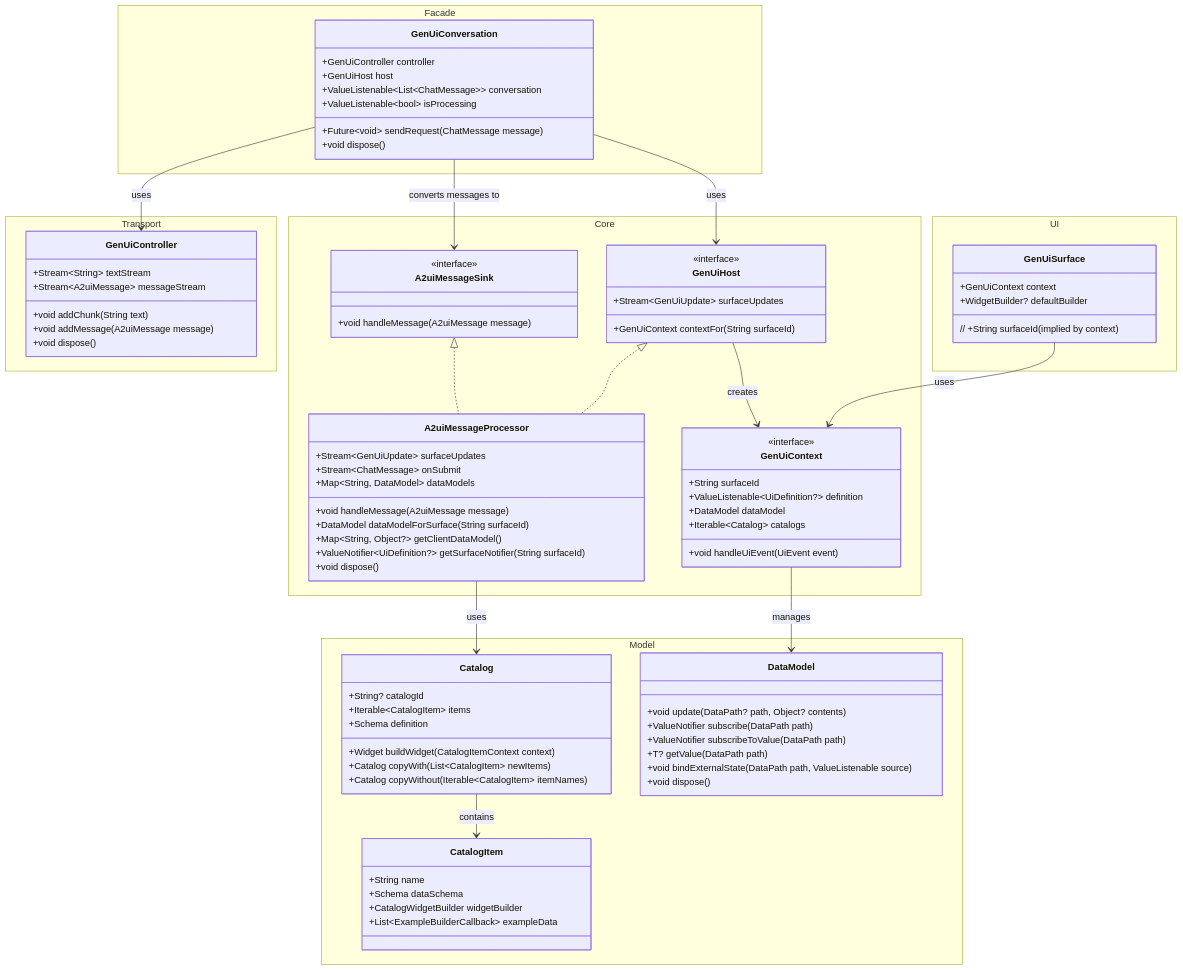
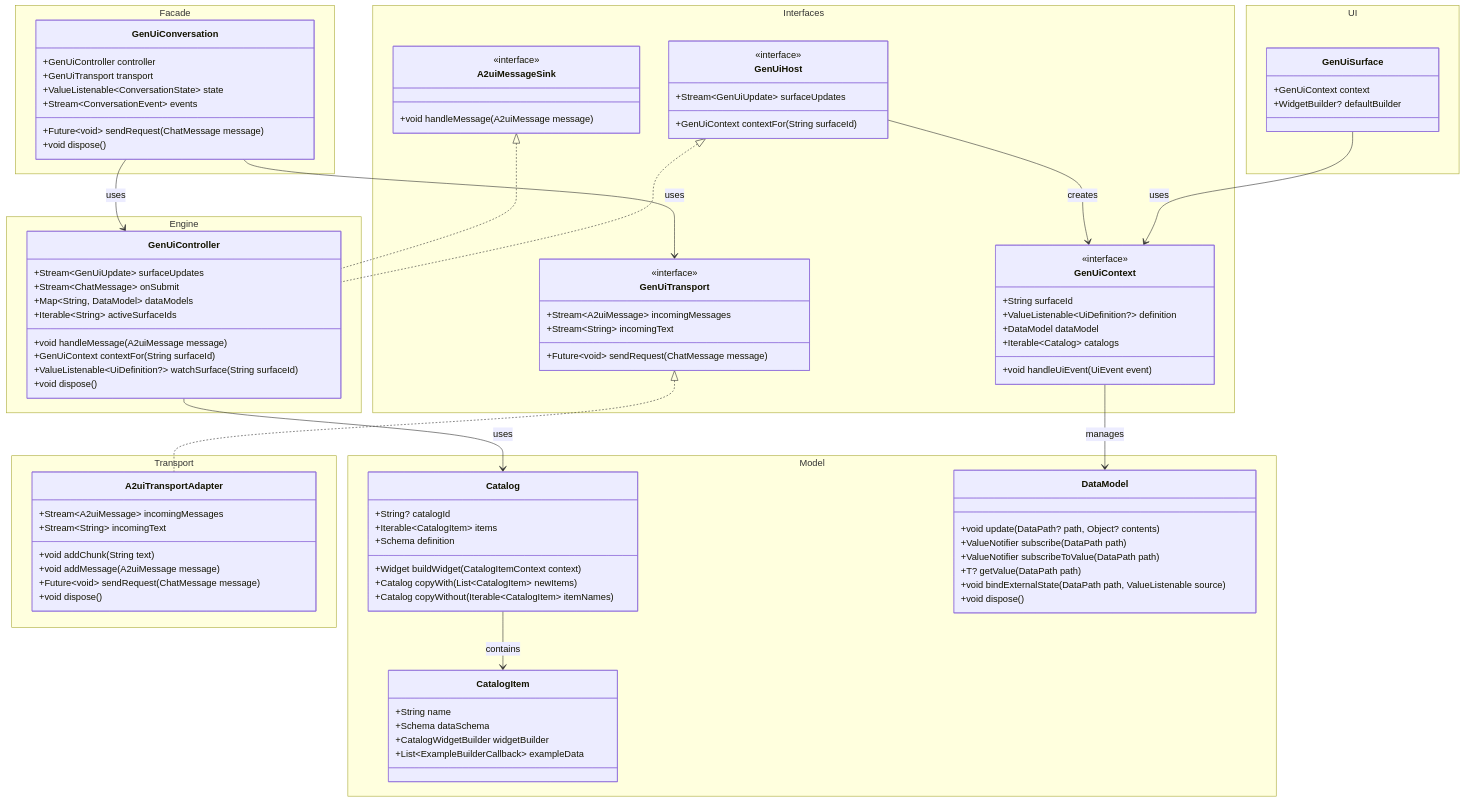
Before and after one commit to polina-c/genui: the diagram in packages/genui/docs/class-diagram.mmd, drawn with Mermaid. The commit also changed 7 other files, not shown here.

First line of the commit message:
docs: update architecture docs to reflect v0.9 transport layer

```diff
--- a/packages/genui/docs/class-diagram.mmd
+++ b/packages/genui/docs/class-diagram.mmd
@@ -1,100 +1,109 @@
 classDiagram
     namespace Facade {
         class GenUiConversation {
             +GenUiController controller
-            +GenUiHost host
-            +ValueListenable~List~ChatMessage~~ conversation
-            +ValueListenable~bool~ isProcessing
+            +GenUiTransport transport
+            +ValueListenable~ConversationState~ state
+            +Stream~ConversationEvent~ events
             +Future~void~ sendRequest(ChatMessage message)
             +void dispose()
         }
     }
 
-    namespace Transport {
-        class GenUiController {
-            +void addChunk(String text)
-            +void addMessage(A2uiMessage message)
-            +Stream~String~ textStream
-            +Stream~A2uiMessage~ messageStream
-            +void dispose()
+    namespace Interfaces {
+        class GenUiTransport {
+            <<interface>>
+            +Stream~A2uiMessage~ incomingMessages
+            +Stream~String~ incomingText
+            +Future~void~ sendRequest(ChatMessage message)
         }
-    }
 
-    namespace Core {
-    class GenUiHost {
+        class GenUiHost {
             <<interface>>
             +Stream~GenUiUpdate~ surfaceUpdates
             +GenUiContext contextFor(String surfaceId)
         }
 
         class GenUiContext {
             <<interface>>
             +String surfaceId
             +ValueListenable~UiDefinition?~ definition
             +DataModel dataModel
             +Iterable~Catalog~ catalogs
             +void handleUiEvent(UiEvent event)
         }
 
         class A2uiMessageSink {
             <<interface>>
             +void handleMessage(A2uiMessage message)
         }
+    }
 
-        class A2uiMessageProcessor {
+    namespace Transport {
+        class A2uiTransportAdapter {
+            +void addChunk(String text)
+            +void addMessage(A2uiMessage message)
+            +Stream~A2uiMessage~ incomingMessages
+            +Stream~String~ incomingText
+            +Future~void~ sendRequest(ChatMessage message)
+            +void dispose()
+        }
+    }
+
+    namespace Engine {
+        class GenUiController {
             +void handleMessage(A2uiMessage message)
             +Stream~GenUiUpdate~ surfaceUpdates
             +Stream~ChatMessage~ onSubmit
             +Map~String, DataModel~ dataModels
-            +DataModel dataModelForSurface(String surfaceId)
-            +Map~String, Object?~ getClientDataModel()
-            +ValueNotifier~UiDefinition?~ getSurfaceNotifier(String surfaceId)
+            +Iterable~String~ activeSurfaceIds
+            +GenUiContext contextFor(String surfaceId)
+            +ValueListenable~UiDefinition?~ watchSurface(String surfaceId)
             +void dispose()
         }
     }
 
     namespace UI {
         class GenUiSurface {
             +GenUiContext context
-            // +String surfaceId (implied by context)
             +WidgetBuilder? defaultBuilder
         }
     }
 
     namespace Model {
         class Catalog {
             +String? catalogId
             +Iterable~CatalogItem~ items
             +Schema definition
             +Widget buildWidget(CatalogItemContext context)
             +Catalog copyWith(List~CatalogItem~ newItems)
             +Catalog copyWithout(Iterable~CatalogItem~ itemNames)
         }
 
         class CatalogItem {
             +String name
             +Schema dataSchema
             +CatalogWidgetBuilder widgetBuilder
             +List~ExampleBuilderCallback~ exampleData
         }
 
         class DataModel {
             +void update(DataPath? path, Object? contents)
             +ValueNotifier subscribe(DataPath path)
             +ValueNotifier subscribeToValue(DataPath path)
             +T? getValue(DataPath path)
             +void bindExternalState(DataPath path, ValueListenable source)
             +void dispose()
         }
     }
 
-    GenUiHost <|.. A2uiMessageProcessor
-    A2uiMessageSink <|.. A2uiMessageProcessor
+    GenUiHost <|.. GenUiController
+    A2uiMessageSink <|.. GenUiController
+    GenUiTransport <|.. A2uiTransportAdapter
     GenUiSurface --> GenUiContext : uses
     GenUiHost --> GenUiContext : creates
     Catalog --> CatalogItem : contains
     GenUiContext --> DataModel : manages
     GenUiConversation --> GenUiController : uses
-    GenUiConversation --> GenUiHost : uses
-    GenUiConversation --> A2uiMessageSink : converts messages to
-    A2uiMessageProcessor --> Catalog : uses
+    GenUiConversation --> GenUiTransport : uses
+    GenUiController --> Catalog : uses
```
